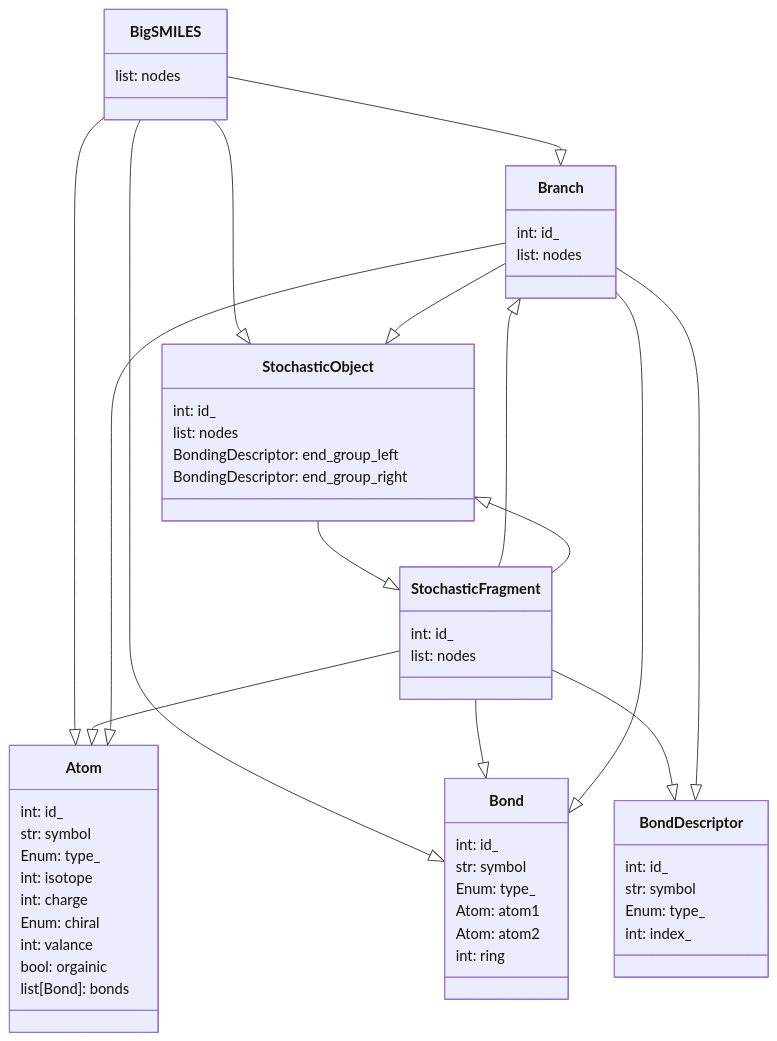
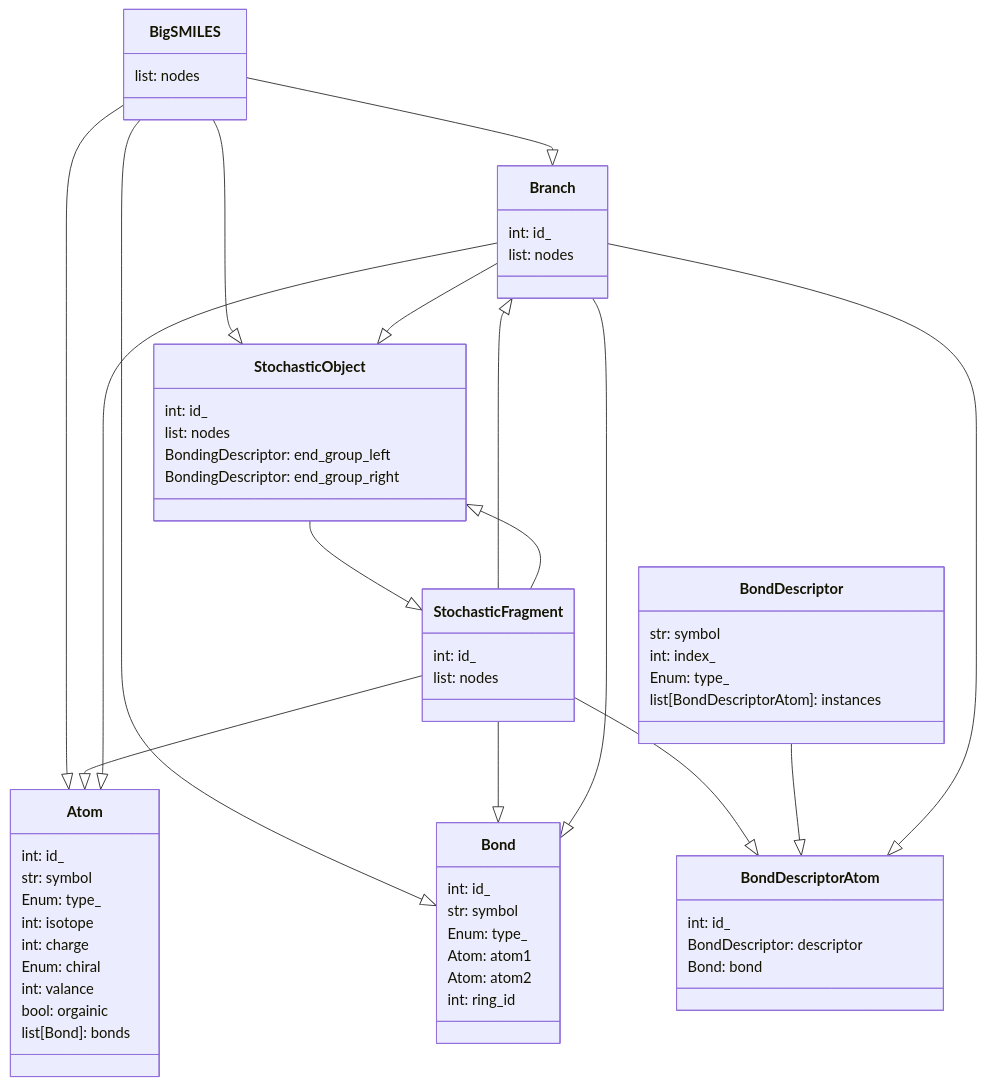
One commit to dylanwal/BigSMILES changed the diagram in README.md. Above: the diagram before and after it, drawn with Mermaid. The commit also changed other lines of this file and 10 other files, not shown here.

````diff
--- a/README.md
+++ b/README.md
@@ -85,73 +95,81 @@
 ```mermaid
 classDiagram
 
     class BigSMILES {
         list: nodes
     }
     
     
     class StochasticObject {
         int: id_
         list: nodes
         BondingDescriptor: end_group_left
         BondingDescriptor: end_group_right
     }
     
     
     class StochasticFragment {
         int: id_
         list: nodes
     }
     
     
     class Branch {
         int: id_
         list: nodes
     }
     
     
-    class BondDescriptor {
+    class BondDescriptorAtom {
         int: id_
-        str: symbol
-        Enum: type_
-        int: index_
+        BondDescriptor: descriptor
+        Bond: bond
     }
     
+    
+    class BondDescriptor {
+        str: symbol
+        int: index_
+        Enum: type_
+        list[BondDescriptorAtom]: instances
+    }
+
     
     class Bond {
         int: id_
         str: symbol
         Enum: type_
         Atom: atom1
         Atom: atom2
-        int: ring
+        int: ring_id
     }
     
     class Atom {
         int: id_
         str: symbol
         Enum: type_
         int: isotope
         int: charge
         Enum: chiral
         int: valance
         bool: orgainic
         list[Bond]: bonds
     }
 
     BigSMILES --|> Atom
     BigSMILES --|> Bond
     BigSMILES --|> Branch
     BigSMILES --|> StochasticObject
     StochasticObject --|> StochasticFragment
-    StochasticFragment --|> BondDescriptor
+    StochasticFragment --|> BondDescriptorAtom
+    BondDescriptor --|> BondDescriptorAtom
     StochasticFragment --|> Atom
     StochasticFragment --|> Bond
     StochasticFragment --|> Branch
     StochasticFragment --|> StochasticObject
-    Branch --|> BondDescriptor
+    Branch --|> BondDescriptorAtom
     Branch --|> StochasticObject
     Branch --|> Bond
     Branch --|> Atom
     
 ```
````
